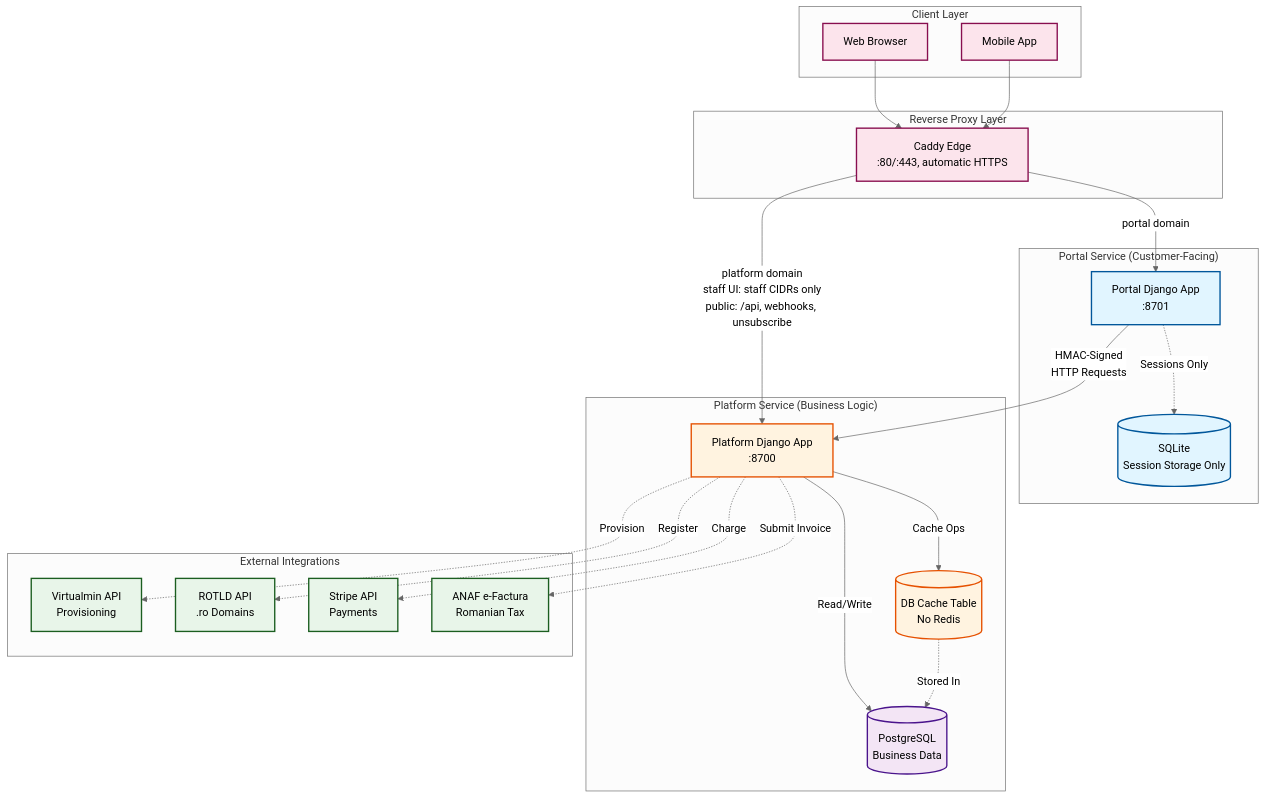
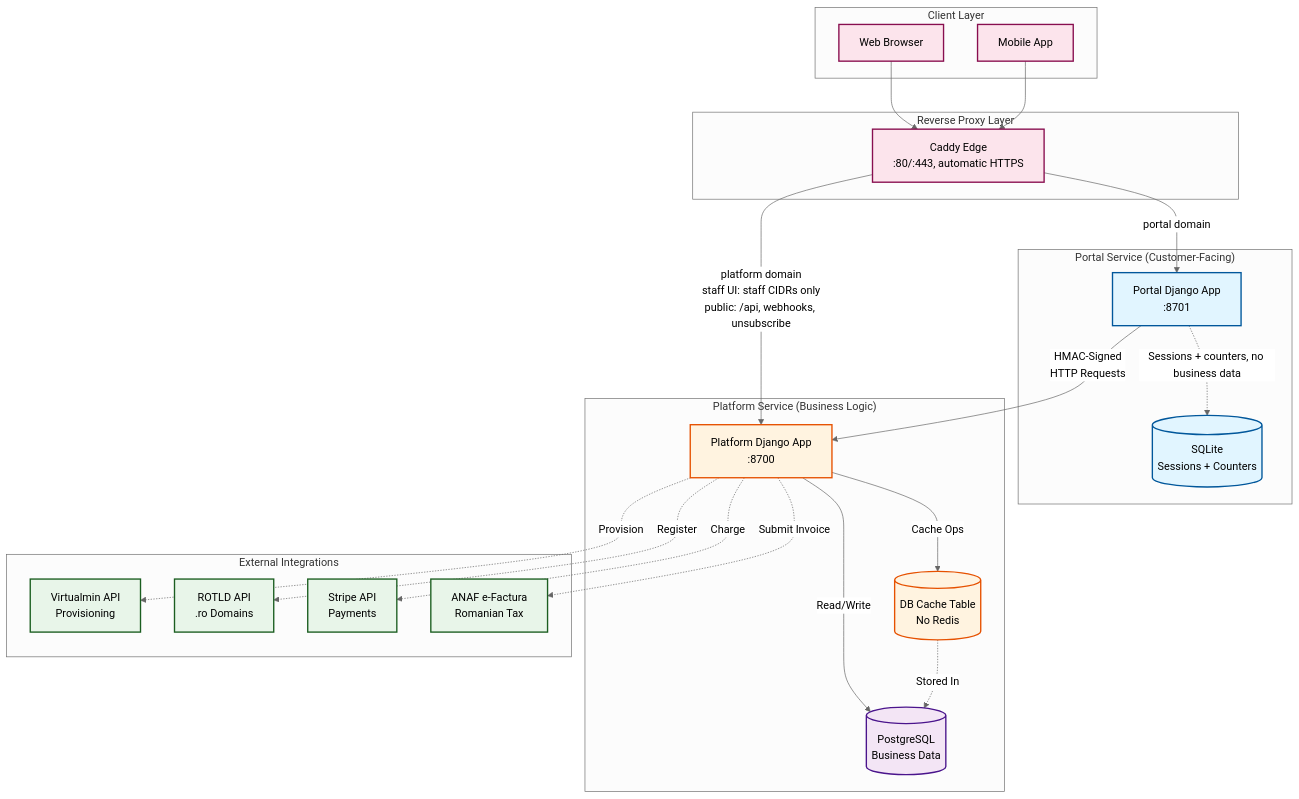
Before and after one commit to captainpragmatic/PRAHO: the diagram in docs/architecture/diagrams/system-overview.mmd, drawn with Mermaid (neutral theme). The commit also changed 18 other files, not shown here.

First line of the commit message:
docs: describe the portal as holding no business data

```diff
--- a/docs/architecture/diagrams/system-overview.mmd
+++ b/docs/architecture/diagrams/system-overview.mmd
@@ -1,59 +1,59 @@
 %% PRAHO Platform Architecture - System Overview
 %% Generated: 2026-02-21
 %% Maintainer: Architecture Team
 
 graph TB
     subgraph "Client Layer"
         WebBrowser[Web Browser]
         MobileApp[Mobile App]
     end
 
     subgraph "Reverse Proxy Layer"
         Caddy[Caddy Edge<br/>:80/:443, automatic HTTPS]
     end
 
     subgraph "Portal Service (Customer-Facing)"
         PortalApp[Portal Django App<br/>:8701]
-        PortalSession[(SQLite<br/>Session Storage Only)]
-        PortalApp -.->|Sessions Only| PortalSession
+        PortalSession[(SQLite<br/>Sessions + Counters)]
+        PortalApp -.->|Sessions + counters, no business data| PortalSession
     end
 
     subgraph "Platform Service (Business Logic)"
         PlatformApp[Platform Django App<br/>:8700]
         PlatformDB[(PostgreSQL<br/>Business Data)]
         CacheTable[(DB Cache Table<br/>No Redis)]
         PlatformApp -->|Read/Write| PlatformDB
         PlatformApp -->|Cache Ops| CacheTable
         CacheTable -.->|Stored In| PlatformDB
     end
 
     subgraph "External Integrations"
         Virtualmin[Virtualmin API<br/>Provisioning]
         ROTLD[ROTLD API<br/>.ro Domains]
         Stripe[Stripe API<br/>Payments]
         ANAF[ANAF e-Factura<br/>Romanian Tax]
     end
 
     WebBrowser --> Caddy
     MobileApp --> Caddy
     Caddy -->|portal domain| PortalApp
     Caddy -->|platform domain<br/>staff UI: staff CIDRs only<br/>public: /api, webhooks, unsubscribe| PlatformApp
 
     PortalApp -->|HMAC-Signed<br/>HTTP Requests| PlatformApp
 
     PlatformApp -.->|Provision| Virtualmin
     PlatformApp -.->|Register| ROTLD
     PlatformApp -.->|Charge| Stripe
     PlatformApp -.->|Submit Invoice| ANAF
 
     classDef portal fill:#e1f5ff,stroke:#01579b,stroke-width:2px
     classDef platform fill:#fff3e0,stroke:#e65100,stroke-width:2px
     classDef db fill:#f3e5f5,stroke:#4a148c,stroke-width:2px
     classDef external fill:#e8f5e9,stroke:#1b5e20,stroke-width:2px
     classDef client fill:#fce4ec,stroke:#880e4f,stroke-width:2px
 
     class PortalApp,PortalSession portal
     class PlatformApp,CacheTable platform
     class PlatformDB db
     class Virtualmin,ROTLD,Stripe,ANAF external
     class WebBrowser,MobileApp,Caddy client
```
